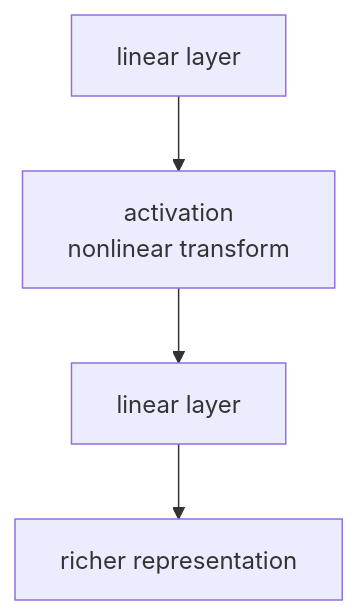
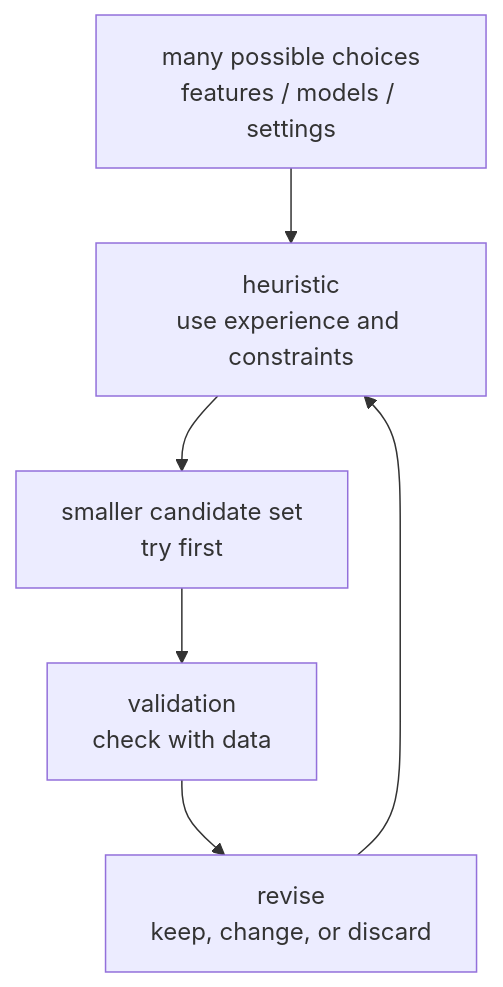
Before and after one commit to devchan64/AiBook: the diagram in docs/parts/part-04/chapter-03/section-01.md, drawn with Mermaid. The commit also changed other lines of this file and 213 other files, not shown here.

````diff
--- a/docs/parts/part-04/chapter-03/section-01.md
+++ b/docs/parts/part-04/chapter-03/section-01.md
@@ -100,11 +46,14 @@
 ```mermaid
-flowchart TD
-  A["linear layer"]
-  B["activation<br/>nonlinear transform"]
-  C["linear layer"]
-  D["richer representation"]
+flowchart TB
+  A["many possible choices<br/>features / models / settings"]
+  B["heuristic<br/>use experience and constraints"]
+  C["smaller candidate set<br/>try first"]
+  D["validation<br/>check with data"]
+  E["revise<br/>keep, change, or discard"]
 
   A --> B
   B --> C
   C --> D
+  D --> E
+  E --> B
 ```
````
